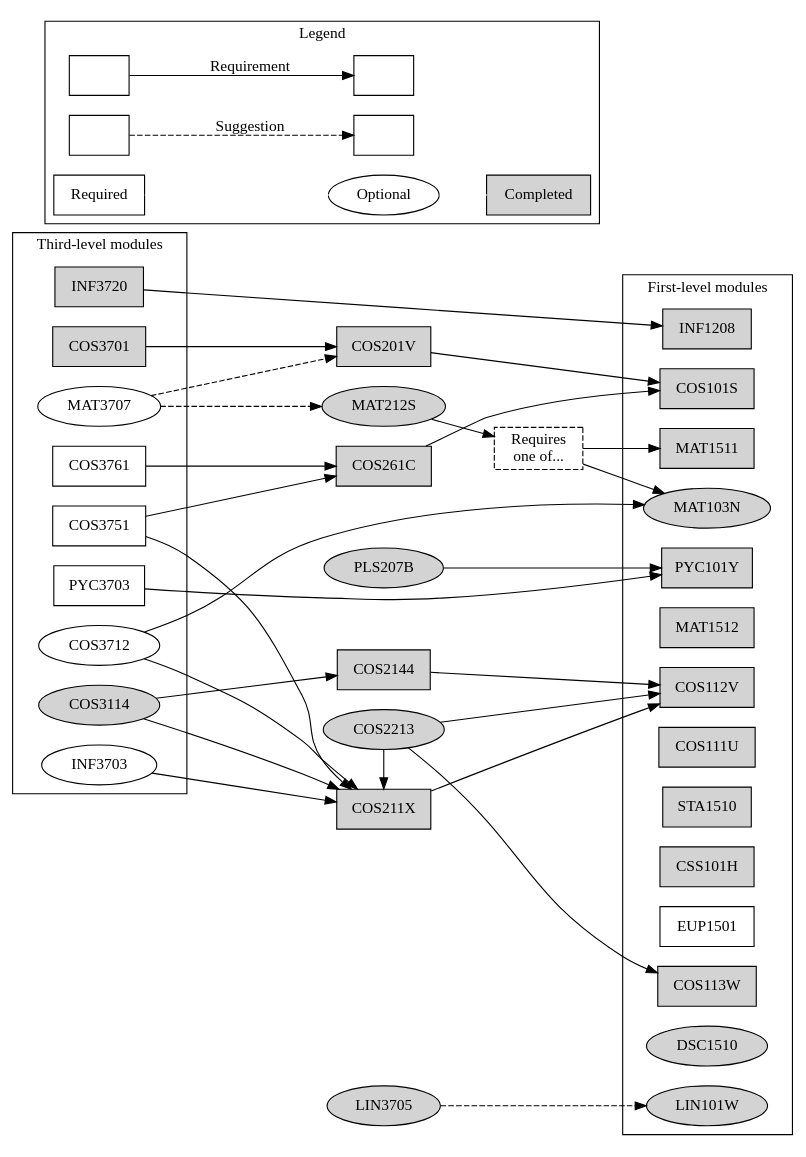
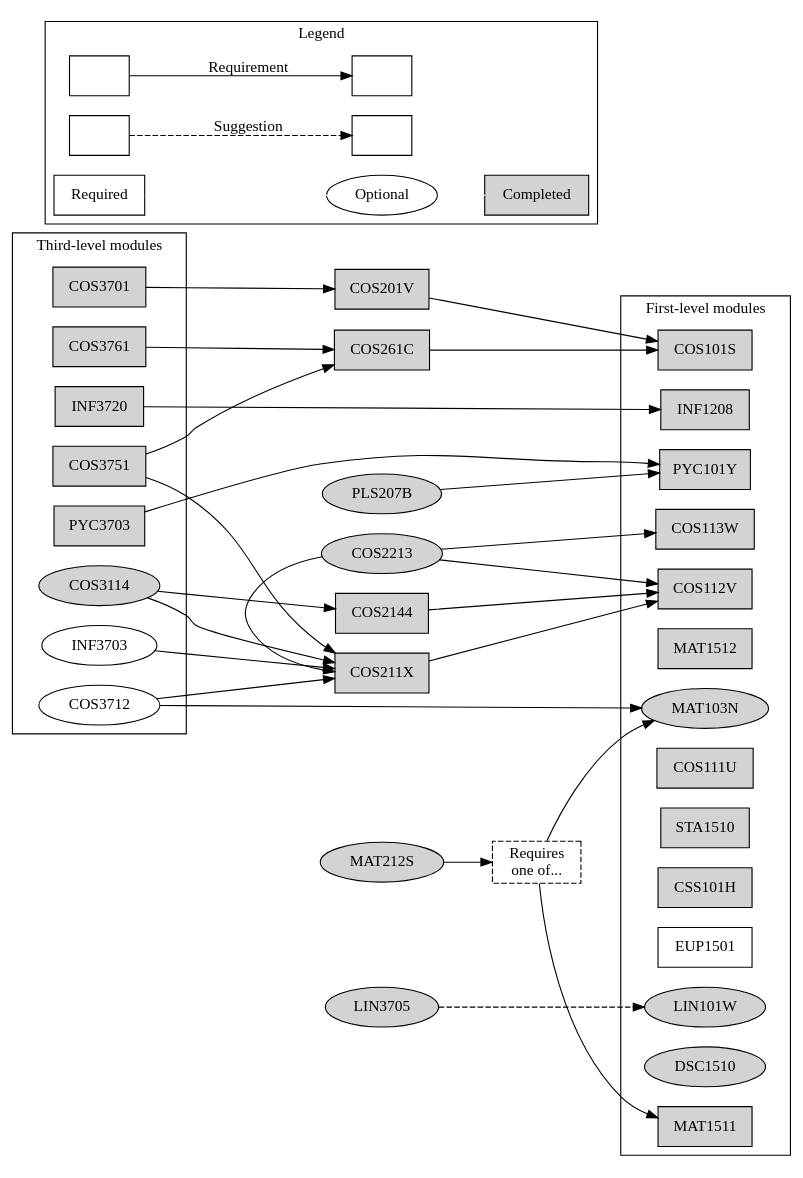
Before and after one commit to apauley/unisa-module-graph: the diagram in ComputationalIntelligence.dot, drawn with Graphviz. The commit also changed 1 other file, not shown here.

```diff
--- a/ComputationalIntelligence.dot
+++ b/ComputationalIntelligence.dot
@@ -1,87 +1,86 @@
 digraph ComputationalIntelligence {
     node [shape=box];
     rankdir=LR;
 
     subgraph cluster3 {
         label = "Third-level modules";
 
         {rank=same;
         COS3701 [style=filled]
         INF3720 [style=filled]
-        COS3751
-        COS3761
-        PYC3703}
+        COS3751 [style=filled]
+        COS3761 [style=filled]
+        PYC3703 [style=filled]}
 
         {rank=same; node [shape=ellipse];
         COS3114 [style=filled]
-        MAT3707 COS3712
+        COS3712
         INF3703}
     }
 
     {rank=same; node [style=filled];
     COS201V COS211X COS261C COS2144}
 
     {rank=same; node [style=filled]; node [shape=ellipse];
     PLS207B MAT212S COS2213 LIN3705}
 
     MAT103OR151 [label="Requires\none of...", style=dashed];
 
     subgraph cluster1 {
         label = "First-level modules";
 
         {rank=same;
         {node [style=filled];
               COS101S COS112V COS113W INF1208 MAT1511 MAT1512
               PYC101Y COS111U STA1510 CSS101H}
         EUP1501}
 
         {rank=same; node [shape=ellipse];
             {node [style=filled];
                 MAT103N DSC1510 LIN101W}}
     }
 
 
     subgraph cluster0 {
         rankdir=LR;
         label = "Legend";
 
         Module1 [label=""];
         Module2 [label=""];
         Module3 [label=""];
         Module4 [label=""];
         Module2 -> Module1 [label="Requirement"]
         Module4 -> Module3 [label="Suggestion", style=dashed]
 
         Required;
         Completed [style=filled];
         Optional [shape=ellipse];
         Required -> Optional [color=white];
         Optional -> Completed [color=white];
     }
 
 
     COS3701 -> {COS201V}
     INF3720 -> {INF1208}
     COS3751 -> {COS211X COS261C}
     COS3761 -> {COS261C}
     PYC3703 -> {PYC101Y}
 
     COS3114 -> {COS211X COS2144}
-    MAT3707 -> {MAT212S COS201V} [style=dashed]
     INF3703 -> {COS211X}
     COS3712 -> {COS211X MAT103N}
 
 
     COS201V -> {COS101S}
     COS211X -> {COS112V}
     COS261C -> {COS101S}
     COS2144 -> {COS112V}
 
     {rank=same; COS2213 COS211X}
     COS2213 -> {COS112V COS113W}
     COS2213 -> {COS211X}
     MAT212S -> {MAT103OR151}
     MAT103OR151 -> {MAT103N MAT1511}
     LIN3705 -> {LIN101W} [style=dashed]
     PLS207B -> {PYC101Y}
 }
```
